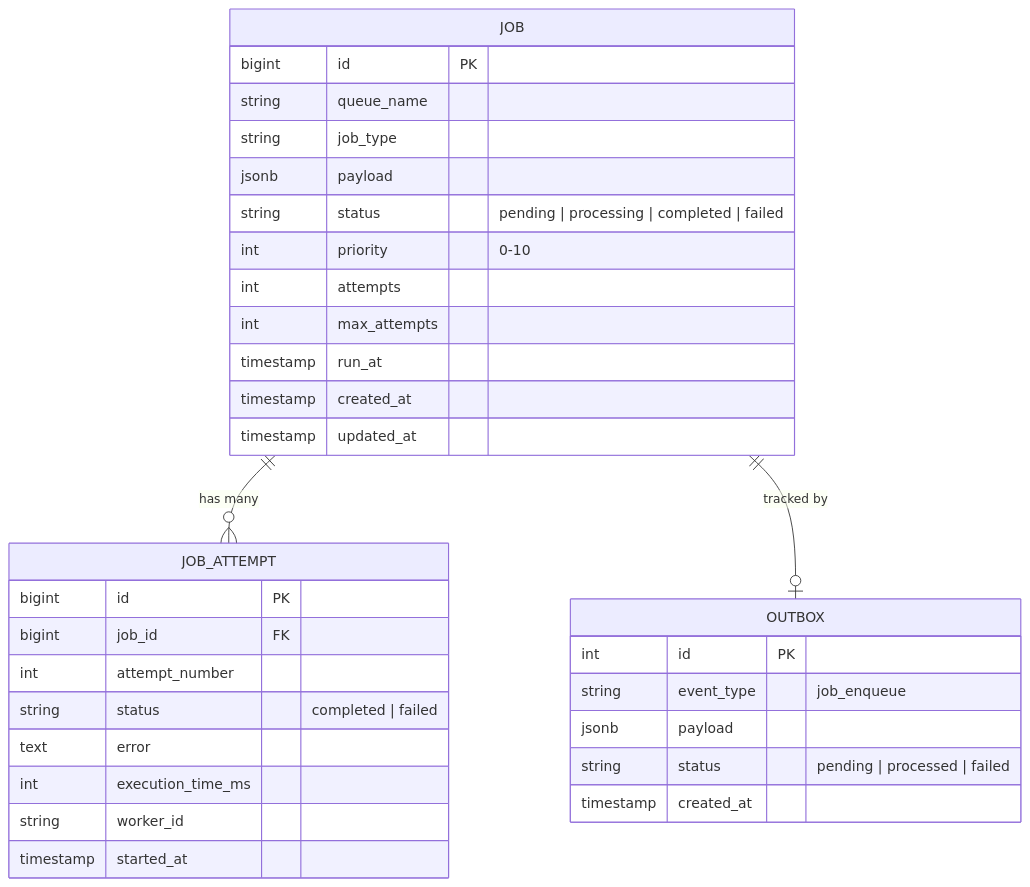
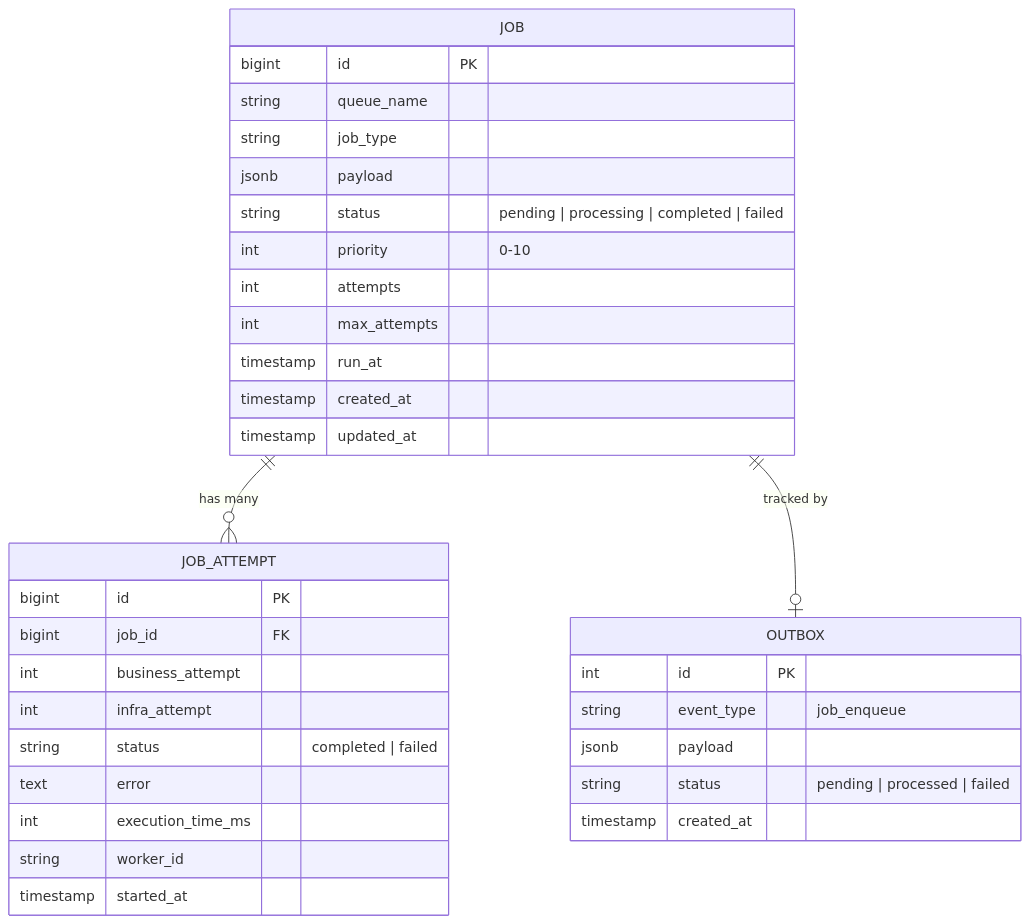
Before and after one commit to PM2110/pulsar: the diagram in docs/database-schema.md, drawn with Mermaid. The commit also changed other lines of this file and 7 other files, not shown here.

Commit message:
refactor: split attempt numbers into business and infrastructure attempts across database, registry, and UI.

````diff
--- a/docs/database-schema.md
+++ b/docs/database-schema.md
@@ -16,38 +16,39 @@
 ```mermaid
 erDiagram
     JOB ||--o{ JOB_ATTEMPT : "has many"
     JOB ||--o| OUTBOX : "tracked by"
     
     JOB {
         bigint id PK
         string queue_name
         string job_type
         jsonb payload
         string status "pending | processing | completed | failed"
         int priority "0-10"
         int attempts
         int max_attempts
         timestamp run_at
         timestamp created_at
         timestamp updated_at
     }
     
     JOB_ATTEMPT {
         bigint id PK
         bigint job_id FK
-        int attempt_number
+        int business_attempt
+        int infra_attempt
         string status "completed | failed"
         text error
         int execution_time_ms
         string worker_id
         timestamp started_at
     }
 
     OUTBOX {
         int id PK
         string event_type "job_enqueue"
         jsonb payload
         string status "pending | processed | failed"
         timestamp created_at
     }
 ```
````
